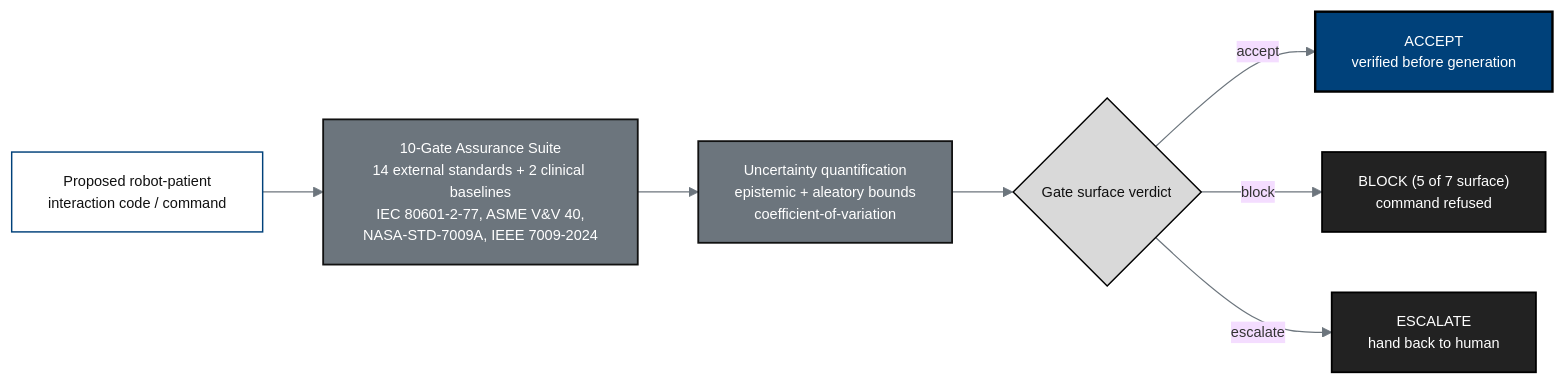
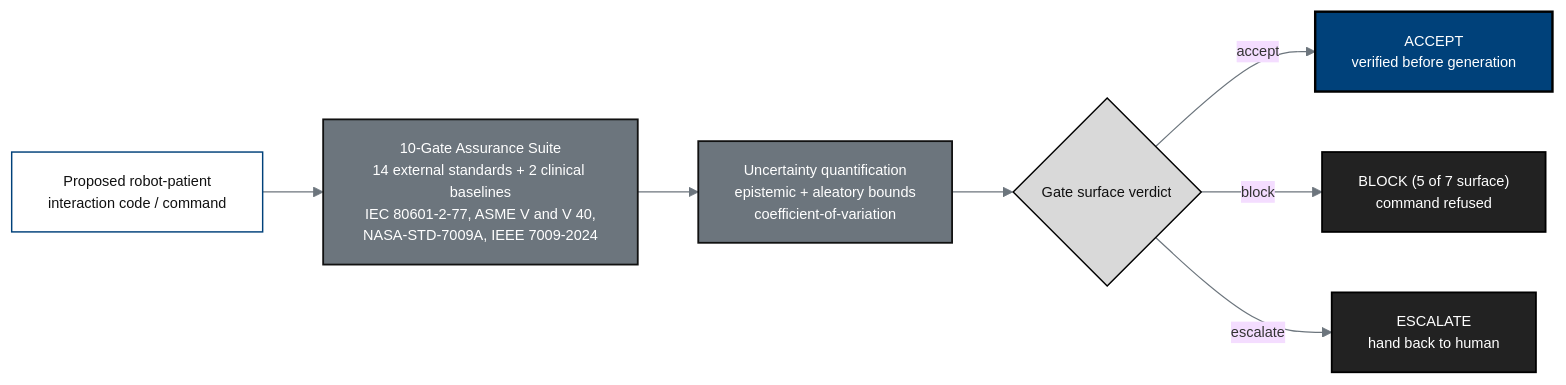
One commit to kevinkawchak/physical-ai-oncology-trials changed the diagram in trial-protocol/mermaid/fig-12-vvuq-ten-gate.md. Above: the diagram before and after it, drawn with Mermaid.

Commit message:
M2 Stage 1: error-fix pass - escape ampersand in fig-12 (V and V) for GitHub mermaid
Claude-Session: https://claude.ai/code/session_01SjvCWkqHbhzbSytej9s591

````diff
--- a/trial-protocol/mermaid/fig-12-vvuq-ten-gate.md
+++ b/trial-protocol/mermaid/fig-12-vvuq-ten-gate.md
@@ -3,20 +3,20 @@
 ```mermaid
 %%{init: {'theme':'base','themeVariables':{'fontSize':'12px','lineColor':'#6C757D'}}}%%
 flowchart LR
     GEN["Proposed robot-patient<br/>interaction code / command"]:::light
-    GATES["10-Gate Assurance Suite<br/>14 external standards + 2 clinical baselines<br/>IEC 80601-2-77, ASME V&V 40,<br/>NASA-STD-7009A, IEEE 7009-2024"]:::mid
+    GATES["10-Gate Assurance Suite<br/>14 external standards + 2 clinical baselines<br/>IEC 80601-2-77, ASME V and V 40,<br/>NASA-STD-7009A, IEEE 7009-2024"]:::mid
     UQ["Uncertainty quantification<br/>epistemic + aleatory bounds<br/>coefficient-of-variation"]:::mid
     V{"Gate surface verdict"}:::warn
     ACC["ACCEPT<br/>verified before generation"]:::goal
     BLK["BLOCK (5 of 7 surface)<br/>command refused"]:::dark
     ESC["ESCALATE<br/>hand back to human"]:::dark
     GEN --> GATES --> UQ --> V
     V -->|accept| ACC
     V -->|block| BLK
     V -->|escalate| ESC
     classDef goal fill:#00417A,stroke:#000000,stroke-width:2px,color:#FFFFFF
     classDef mid fill:#6C757D,stroke:#111111,stroke-width:1.5px,color:#FFFFFF
     classDef light fill:#FFFFFF,stroke:#00417A,stroke-width:1.2px,color:#111111
     classDef warn fill:#D9D9D9,stroke:#000000,stroke-width:1.2px,color:#111111
     classDef dark fill:#222222,stroke:#000000,stroke-width:1.5px,color:#FFFFFF
 ```
````
